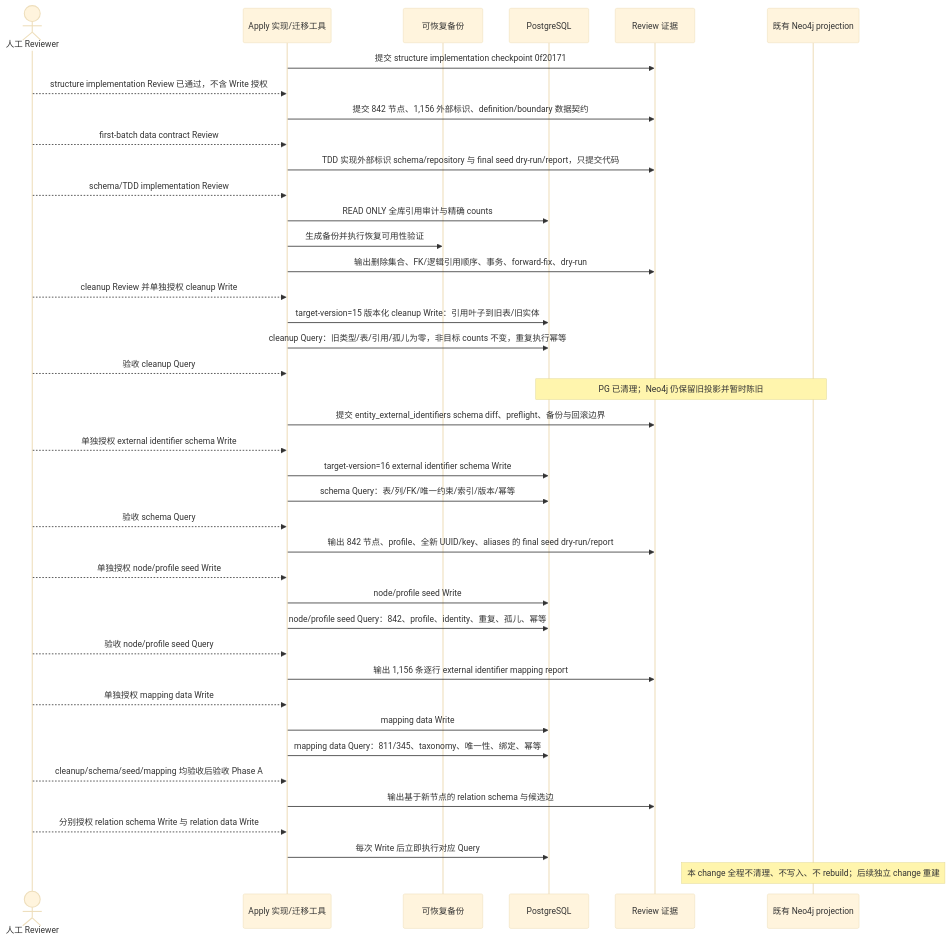
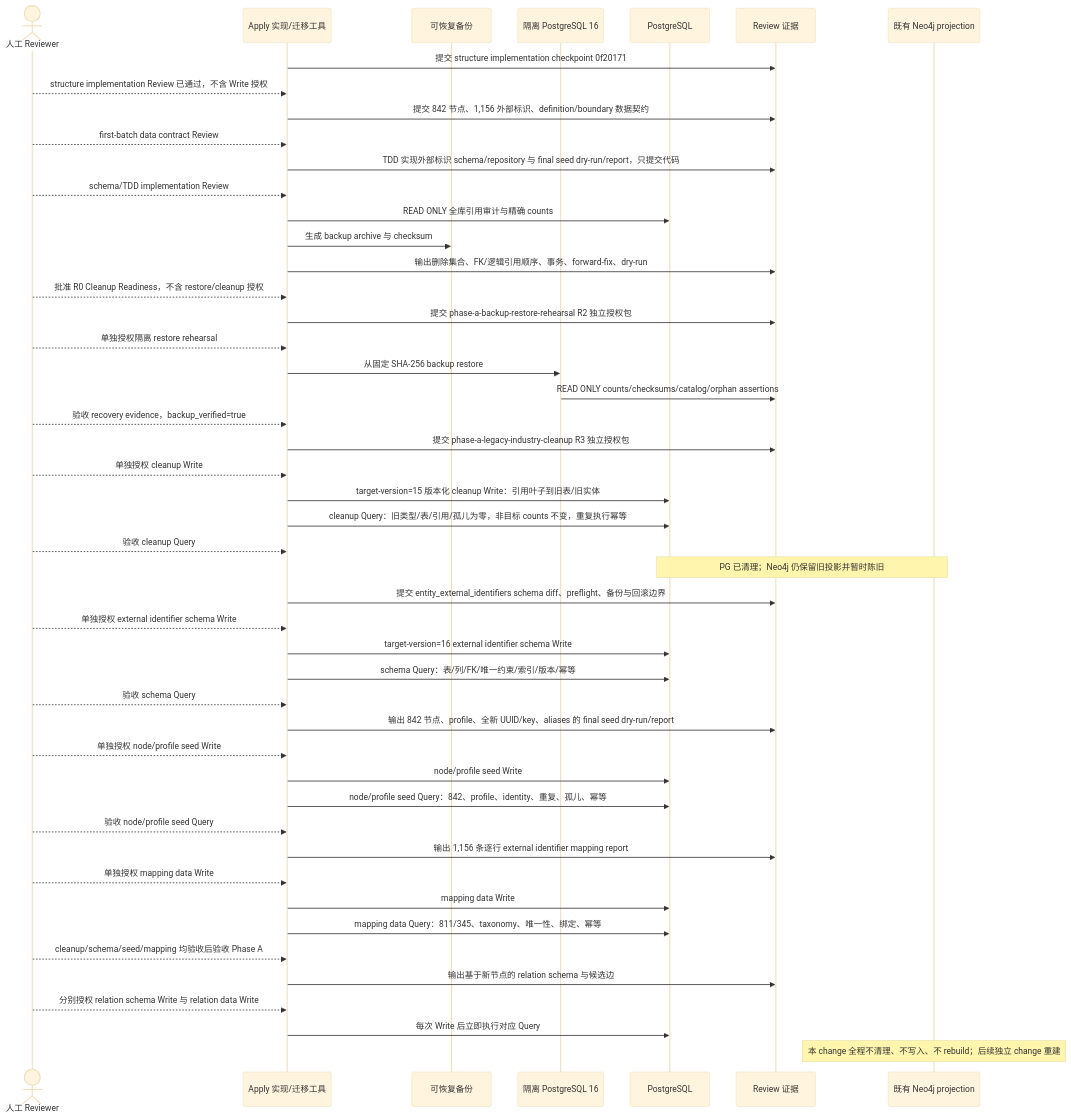
Before and after one commit to meierlink88/tidewise-ai: the second of 2 diagrams in openspec/changes/refactor-industry-chain-node-foundation/design.md, drawn with Mermaid (base theme). The commit also changed other lines of this file and 4 other files, not shown here.

Commit message:
spec: prepare restore rehearsal authorization

````diff
--- a/openspec/changes/refactor-industry-chain-node-foundation/design.md
+++ b/openspec/changes/refactor-industry-chain-node-foundation/design.md
@@ -219,43 +220,51 @@
 ```mermaid
 sequenceDiagram
     actor Reviewer as 人工 Reviewer
     participant Apply as Apply 实现/迁移工具
     participant Backup as 可恢复备份
+    participant Restore as 隔离 PostgreSQL 16
     participant PG as PostgreSQL
     participant Evidence as Review 证据
     participant Neo4j as 既有 Neo4j projection
 
     Apply->>Evidence: 提交 structure implementation checkpoint 0f20171
     Reviewer-->>Apply: structure implementation Review 已通过，不含 Write 授权
     Apply->>Evidence: 提交 842 节点、1,156 外部标识、definition/boundary 数据契约
     Reviewer-->>Apply: first-batch data contract Review
     Apply->>Evidence: TDD 实现外部标识 schema/repository 与 final seed dry-run/report，只提交代码
     Reviewer-->>Apply: schema/TDD implementation Review
     Apply->>PG: READ ONLY 全库引用审计与精确 counts
-    Apply->>Backup: 生成备份并执行恢复可用性验证
+    Apply->>Backup: 生成 backup archive 与 checksum
     Apply->>Evidence: 输出删除集合、FK/逻辑引用顺序、事务、forward-fix、dry-run
-    Reviewer-->>Apply: cleanup Review 并单独授权 cleanup Write
+    Reviewer-->>Apply: 批准 R0 Cleanup Readiness，不含 restore/cleanup 授权
+    Apply->>Evidence: 提交 phase-a-backup-restore-rehearsal R2 独立授权包
+    Reviewer-->>Apply: 单独授权隔离 restore rehearsal
+    Apply->>Restore: 从固定 SHA-256 backup restore
+    Restore->>Evidence: READ ONLY counts/checksums/catalog/orphan assertions
+    Reviewer-->>Apply: 验收 recovery evidence，backup_verified=true
+    Apply->>Evidence: 提交 phase-a-legacy-industry-cleanup R3 独立授权包
+    Reviewer-->>Apply: 单独授权 cleanup Write
     Apply->>PG: target-version=15 版本化 cleanup Write：引用叶子到旧表/旧实体
     Apply->>PG: cleanup Query：旧类型/表/引用/孤儿为零，非目标 counts 不变，重复执行幂等
     Reviewer-->>Apply: 验收 cleanup Query
     Note over PG,Neo4j: PG 已清理；Neo4j 仍保留旧投影并暂时陈旧
     Apply->>Evidence: 提交 entity_external_identifiers schema diff、preflight、备份与回滚边界
     Reviewer-->>Apply: 单独授权 external identifier schema Write
     Apply->>PG: target-version=16 external identifier schema Write
     Apply->>PG: schema Query：表/列/FK/唯一约束/索引/版本/幂等
     Reviewer-->>Apply: 验收 schema Query
     Apply->>Evidence: 输出 842 节点、profile、全新 UUID/key、aliases 的 final seed dry-run/report
     Reviewer-->>Apply: 单独授权 node/profile seed Write
     Apply->>PG: node/profile seed Write
     Apply->>PG: node/profile seed Query：842、profile、identity、重复、孤儿、幂等
     Reviewer-->>Apply: 验收 node/profile seed Query
     Apply->>Evidence: 输出 1,156 条逐行 external identifier mapping report
     Reviewer-->>Apply: 单独授权 mapping data Write
     Apply->>PG: mapping data Write
     Apply->>PG: mapping data Query：811/345、taxonomy、唯一性、绑定、幂等
     Reviewer-->>Apply: cleanup/schema/seed/mapping 均验收后验收 Phase A
     Apply->>Evidence: 输出基于新节点的 relation schema 与候选边
     Reviewer-->>Apply: 分别授权 relation schema Write 与 relation data Write
     Apply->>PG: 每次 Write 后立即执行对应 Query
     Note over Neo4j: 本 change 全程不清理、不写入、不 rebuild；后续独立 change 重建
 ```
````
